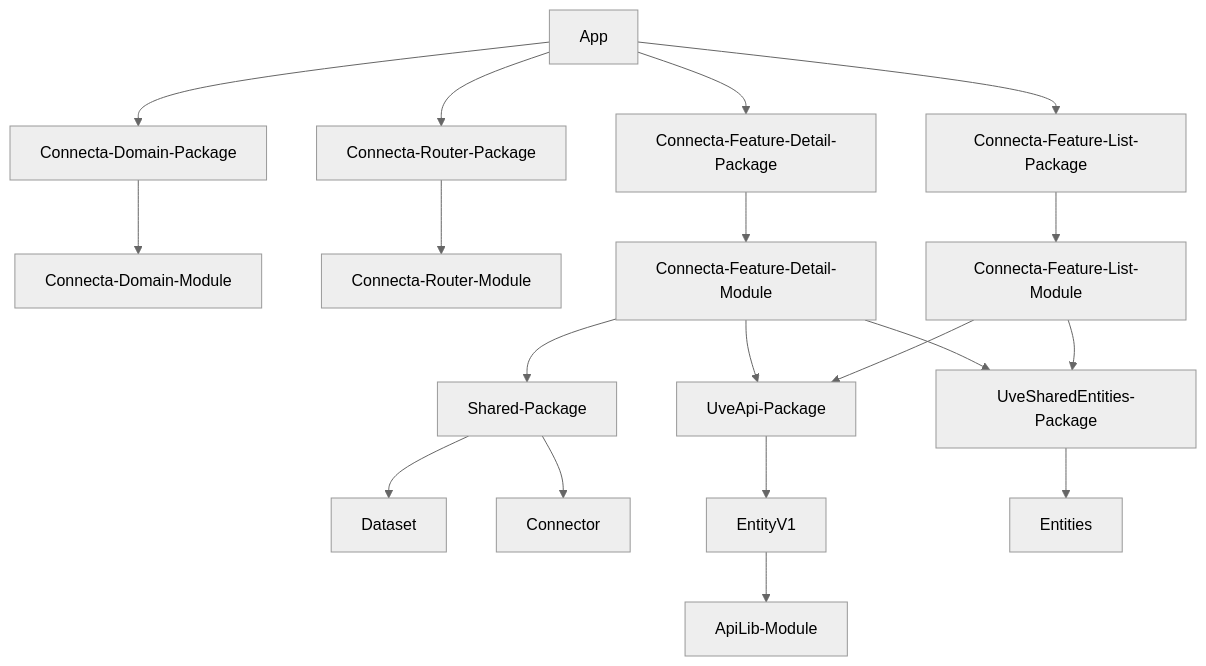
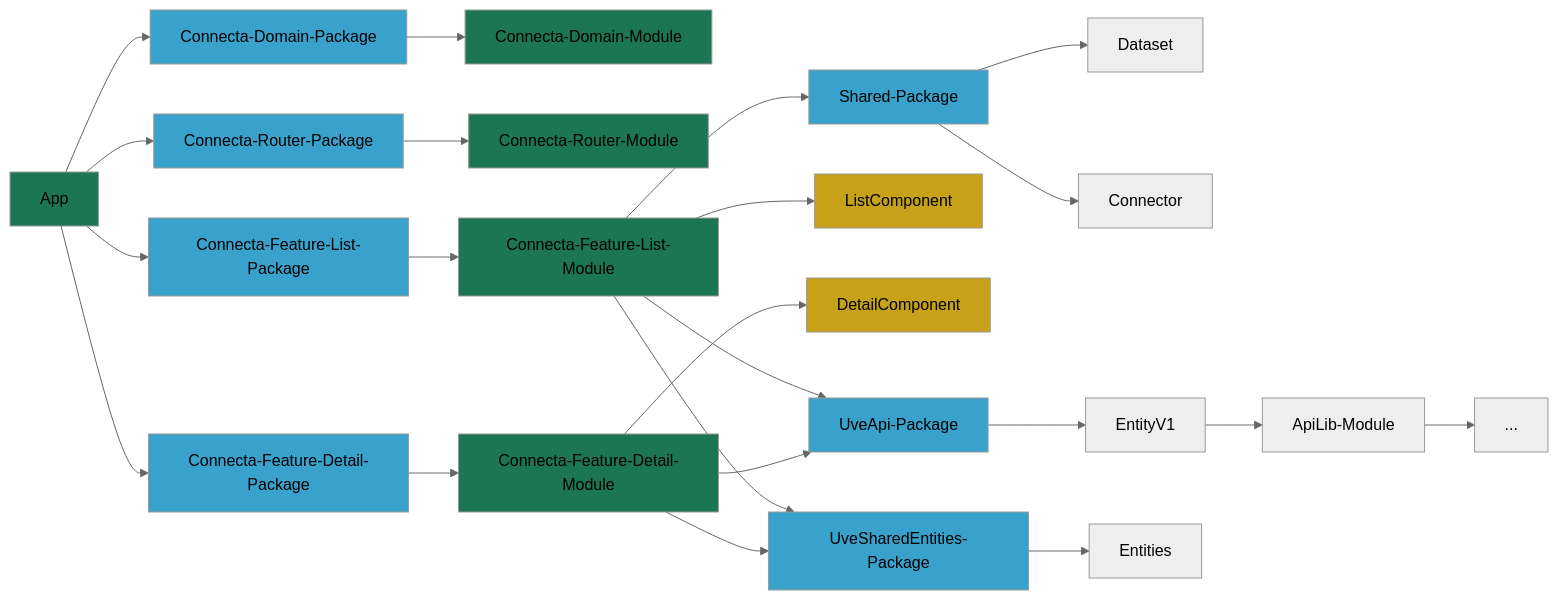
The first of 3 diagrams in content/new-connecta/architecture/frontend/module-architecture-proposal.md (00spoiler00/documentation), drawn with Mermaid (neutral theme) before and after one commit. The commit also changed other lines of this file, not shown here.

Commit message:
Update connecta frontend proposal

````diff
--- a/content/new-connecta/architecture/frontend/module-architecture-proposal.md
+++ b/content/new-connecta/architecture/frontend/module-architecture-proposal.md
@@ -16,25 +16,36 @@
 ```mermaid
 
-flowchart TD
+flowchart LR
 
-    App --> Connecta-Domain-Package --> Connecta-Domain-Module
-    App --> Connecta-Router-Package --> Connecta-Router-Module
+    classDef package fill:#39a2cc
+    classDef module fill:#1c7553
+    classDef component fill:#c7a118
 
-    App --> Connecta-Feature-List-Package --> Connecta-Feature-List-Module
-    Connecta-Feature-List-Module --> UveApi-Package
-    App --> Connecta-Feature-Detail-Package --> Connecta-Feature-Detail-Module
+    App:::module
+
+    App --> Connecta-Domain-Package:::package --> Connecta-Domain-Module:::module
+    App --> Connecta-Router-Package:::package --> Connecta-Router-Module:::module
+
+    App --> Connecta-Feature-List-Package:::package --> Connecta-Feature-List-Module:::module
+    Connecta-Feature-List-Module:::module --> UveApi-Package:::package
+    Connecta-Feature-List-Module --> ListComponent:::component
+
+    App --> Connecta-Feature-Detail-Package:::package --> Connecta-Feature-Detail-Module:::module
+    Connecta-Feature-Detail-Module --> DetailComponent:::component
+    Connecta-Feature-List-Module --> Shared-Package:::package
+
 
     Connecta-Feature-Detail-Module --> UveApi-Package
-    Connecta-Feature-Detail-Module --> Shared-Package
+
 
     Shared-Package --> Dataset
     Shared-Package --> Connector
 
-    UveApi-Package --> EntityV1 --> ApiLib-Module
+    UveApi-Package --> EntityV1 --> ApiLib-Module --> ...
 
-    Connecta-Feature-List-Module --> UveSharedEntities-Package
+    Connecta-Feature-List-Module --> UveSharedEntities-Package:::package
     Connecta-Feature-Detail-Module --> UveSharedEntities-Package
 
     UveSharedEntities-Package --> Entities
 
 ```
````
